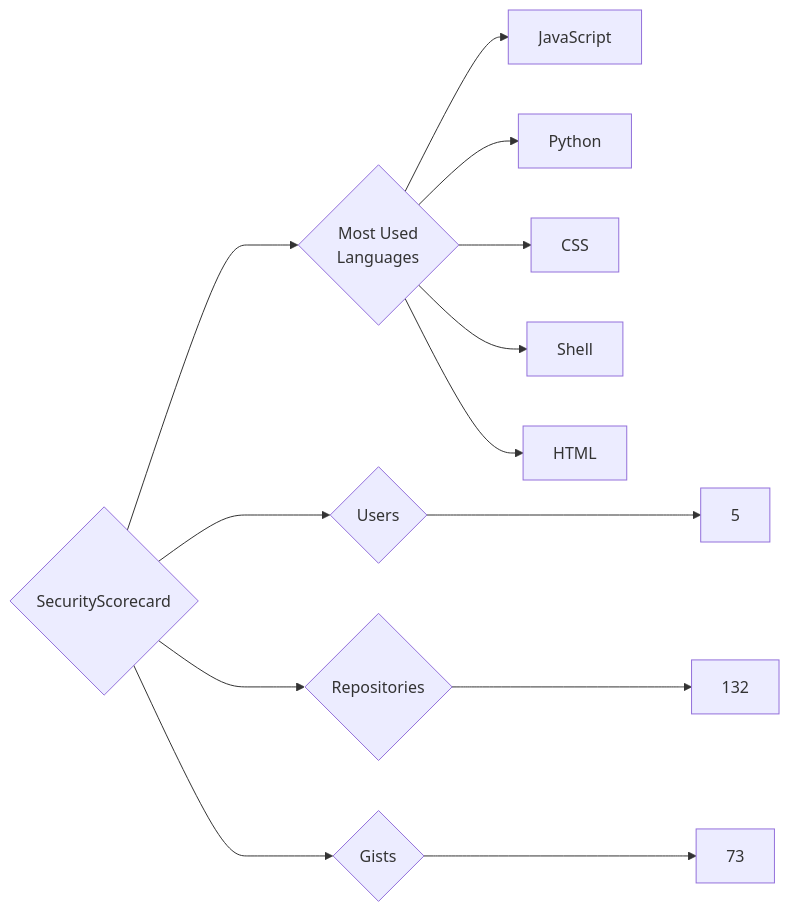
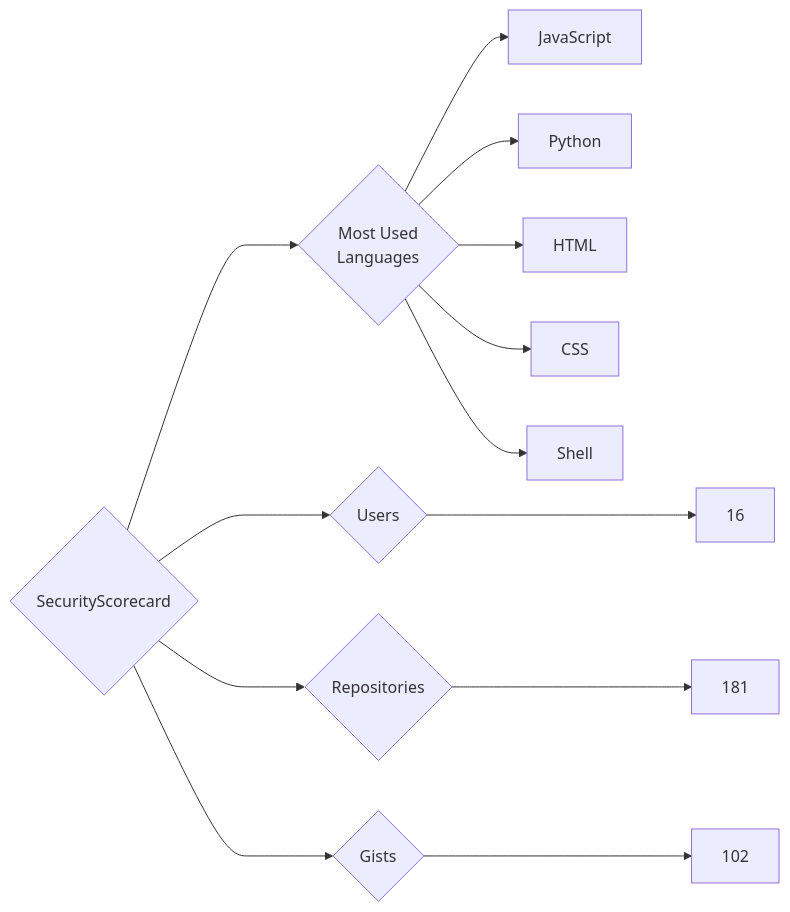
The diagram in targets/SecurityScorecard/README.md (trickest/insiders), drawn with Mermaid before and after one commit. The commit also changed 1011 other files, not shown here.

````diff
--- a/targets/SecurityScorecard/README.md
+++ b/targets/SecurityScorecard/README.md
@@ -3,13 +3,13 @@
 ```mermaid
 graph LR
 COMPANY_NAME{SecurityScorecard}
-COMPANY_NAME ---> U{Users} ---> UN[5]
-COMPANY_NAME ---> R{Repositories} ---> RN[132]
-COMPANY_NAME ---> G{Gists} ---> GN[73]
+COMPANY_NAME ---> U{Users} ---> UN[16]
+COMPANY_NAME ---> R{Repositories} ---> RN[181]
+COMPANY_NAME ---> G{Gists} ---> GN[102]
 COMPANY_NAME ---> ML{Most Used<br>Languages}
 ML --> JavaScript[JavaScript]
 ML --> Python[Python]
+ML --> HTML[HTML]
 ML --> CSS[CSS]
 ML --> Shell[Shell]
-ML --> HTML[HTML]
 ```
````
